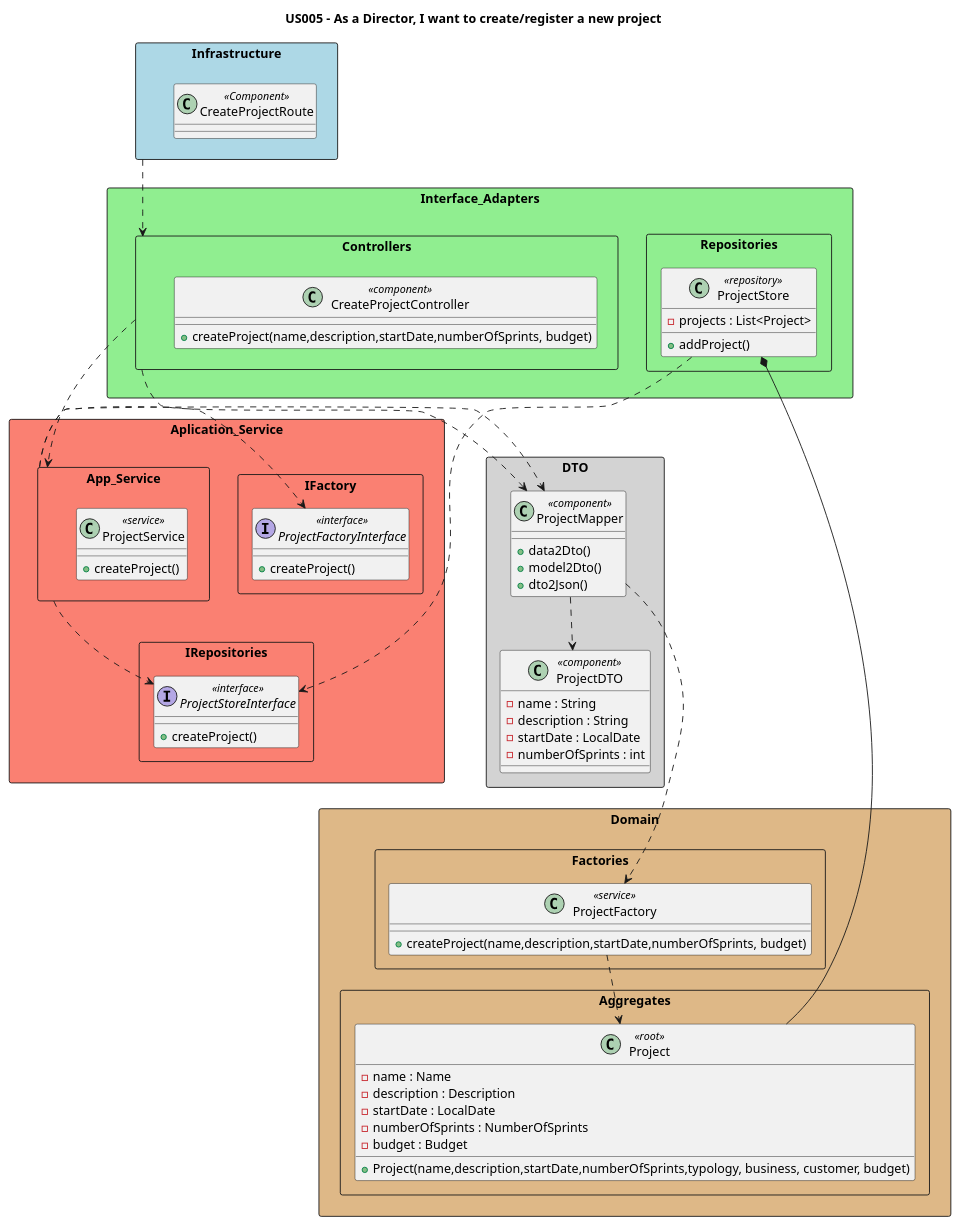
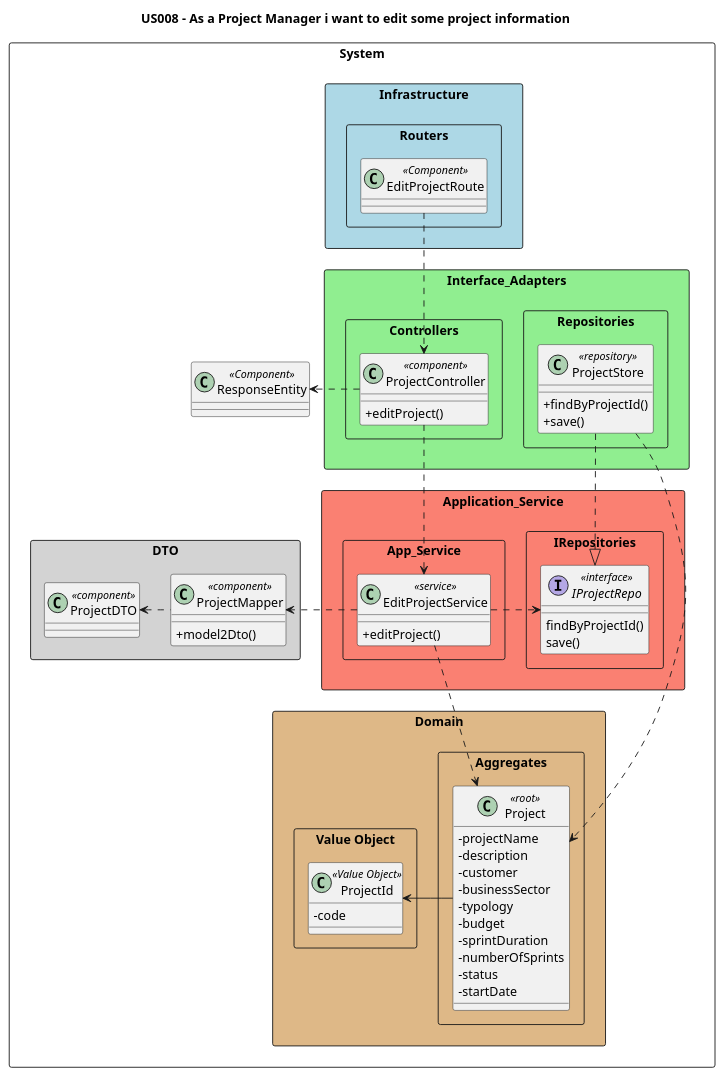
One commit to nunogon1211787/projectManagement changed the diagram in docs/Sprint1/US008/US008-CD.puml. Above: the diagram before and after it, drawn with PlantUML. The commit also changed 28 other files, not shown here.

Commit message:
US004: Reengineering: update code to implement DDD, Onion Architecture, REST and Spring-Boot. resolve #203, resolve #204, resolve #205

```diff
--- a/docs/Sprint1/US008/US008-CD.puml
+++ b/docs/Sprint1/US008/US008-CD.puml
@@ -1,90 +1,107 @@
 @startuml
 'https://plantuml.com/class-diagram
 
-title US005 - As a Director, I want to create/register a new project
+skinparam classAttributeIconSize 0
 
+title US008 - As a Project Manager i want to edit some project information
+
+
+package "System" <<Rectangle>> {
+
+'-------------------INFRASTRUCTURE-----------------------'
 package Infrastructure <<Rectangle>> #lightblue {
-class CreateProjectRoute <<Component>>{
+
+package Routers <<Rectangle>> {
+class "EditProjectRoute" as route <<Component>>
+}
+
+}
+
+'-------------------INTERFACE ADAPTERS-------------------'
+package Interface_Adapters <<Rectangle>> #lightgreen{
+
+package Controllers <<Rectangle>> {
+class ProjectController <<component>> {
++editProject()
 }
 }
 
-package Interface_Adapters <<Rectangle>> #lightgreen{
-package Controllers <<Rectangle>> {
-class CreateProjectController <<component>> {
-+createProject(name,description,startDate,numberOfSprints, budget)
-}
-}
 package Repositories <<Rectangle>> {
 class ProjectStore <<repository>> {
--projects : List<Project>
-+addProject()
-}
++findByProjectId()
++save()
 }
 }
 
-package Domain <<Rectangle>> #burlywood{
-package Aggregates <<Rectangle>> {
-class Project <<root>> {
--name : Name
--description : Description
--startDate : LocalDate
--numberOfSprints : NumberOfSprints
--budget : Budget
-+Project(name,description,startDate,numberOfSprints,typology, business, customer, budget)
-}
-}
-package Factories <<Rectangle>> {
-class ProjectFactory <<service>> {
-+createProject(name,description,startDate,numberOfSprints, budget)
-}
-}
 }
 
-package DTO <<Rectangle>> #lightgrey{
-class ProjectMapper <<component>> {
-+data2Dto()
-+model2Dto()
-+dto2Json()
-}
+'-------------------APPLICATION SERVICE------------------'
+package Application_Service <<Rectangle>> #salmon {
 
-class ProjectDTO <<component>> {
--name : String
--description : String
--startDate : LocalDate
--numberOfSprints : int
-}
-}
-
-package Aplication_Service <<Rectangle>> #salmon {
-
-package IFactory <<Rectangle>> {
-interface ProjectFactoryInterface <<interface>>{
-+createProject()
-}
-}
 package IRepositories <<Rectangle>> {
-interface ProjectStoreInterface <<interface>>{
-+createProject()
+interface IProjectRepo <<interface>>{
+findByProjectId()
+save()
 }
 }
 
 package App_Service <<Rectangle>> {
-class ProjectService <<service>> {
-+createProject()
-}
+class "EditProjectService" as srv <<service>> {
++editProject()
 }
 }
 
-Infrastructure ..> Controllers
-Controllers ..> App_Service
-Controllers ..> ProjectMapper
-ProjectMapper ...> ProjectFactory
-ProjectFactory ..> Project
-App_Service ..> ProjectStoreInterface
-App_Service .> ProjectFactoryInterface
-App_Service .> ProjectMapper
-ProjectMapper ..> ProjectDTO
-ProjectStore *-- Project
-ProjectStore ..> ProjectStoreInterface
+}
+
+'-------------------DOMAIN-------------------------------'
+package Domain <<Rectangle>> #burlywood{
+
+package Aggregates <<Rectangle>> {
+class Project <<root>> {
+-projectName
+-description
+-customer
+-businessSector
+-typology
+-budget
+-sprintDuration
+-numberOfSprints
+-status
+-startDate
+}
+}
+
+package "Value Object" <<rectangle>>{
+class "ProjectId" as projId << Value Object >>{
+-code
+}
+}
+
+}
+
+'-------------------DTO----------------------------------'
+package DTO <<Rectangle>> #lightgrey{
+class ProjectMapper <<component>> {
++model2Dto()
+}
+class ProjectDTO <<component>>
+}
+
+'-------------------OTHERS-------------------------------'
+class "ResponseEntity" as json <<Component>>
+
+}
+
+'-------------------RELATIONSHIPS------------------------'
+route ..> ProjectController
+ProjectController ..> srv
+ProjectController .r> json
+srv .> IProjectRepo
+srv .r.> ProjectMapper
+srv ..> Project
+ProjectMapper .l> ProjectDTO
+ProjectStore ..> Project
+IProjectRepo <|.u. ProjectStore
+Project -r> projId
 
 @enduml
```
